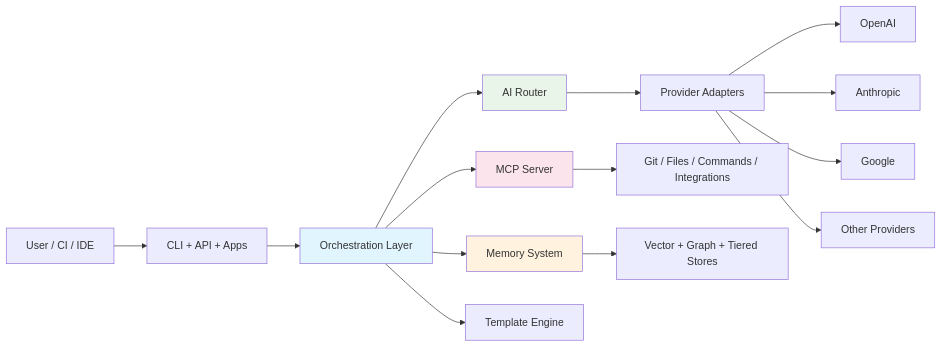
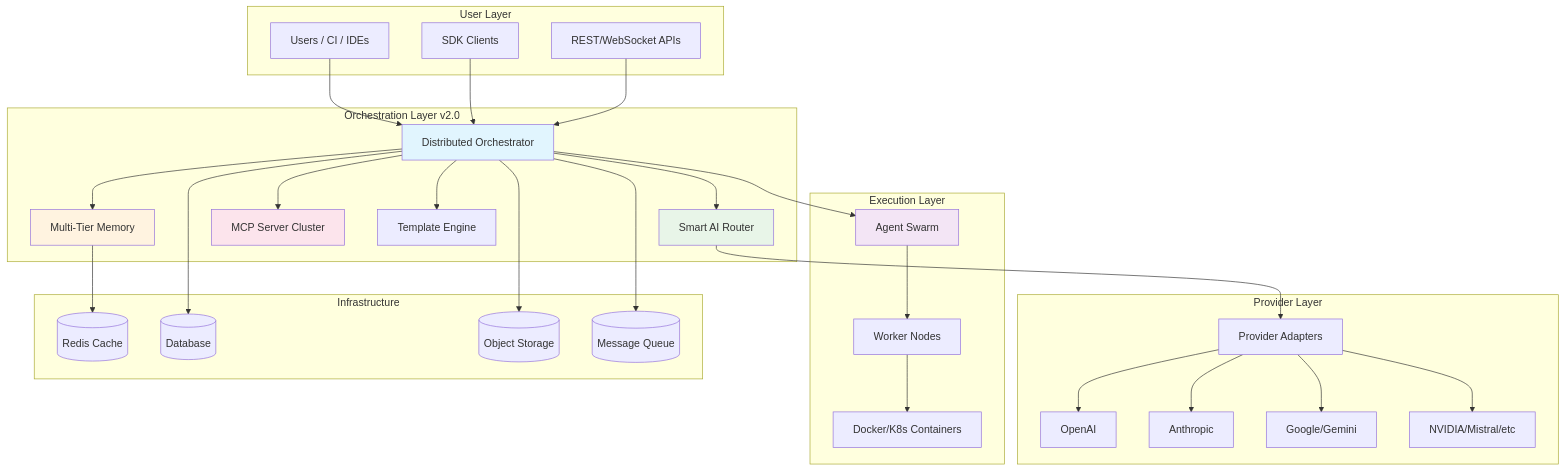
Before and after one commit to Srujan0798/Ultra-Dex: the diagram in README.md, drawn with Mermaid. The commit also changed other lines of this file and 48 other files, not shown here.

First line of the commit message:
feat: Complete Ultra-Dex with examples, database agent, and comprehensive workflows

````diff
--- a/README.md
+++ b/README.md
@@ -95,24 +95,67 @@
 ```mermaid
-flowchart LR
-  U[User / CI / IDE] --> CLI[CLI + API + Apps]
+flowchart TB
+  subgraph "User Layer"
+    U[Users / CI / IDEs]
+    SDK[SDK Clients]
+    API[REST/WebSocket APIs]
+  end
 
-  CLI --> ORCH[Orchestration Layer]
-  ORCH --> ROUTER[AI Router]
-  ORCH --> MEMORY[Memory System]
-  ORCH --> MCP[MCP Server]
-  ORCH --> TEMPLATES[Template Engine]
+  subgraph "Orchestration Layer v2.0"
+    ORCH[Distributed Orchestrator]
+    ROUTER[Smart AI Router]
+    MEMORY[Multi-Tier Memory]
+    MCP[MCP Server Cluster]
+    TEMPLATES[Template Engine]
+  end
 
-  ROUTER --> PROVIDERS[Provider Adapters]
-  PROVIDERS --> OPENAI[OpenAI]
-  PROVIDERS --> ANTHROPIC[Anthropic]
-  PROVIDERS --> GOOGLE[Google]
-  PROVIDERS --> OTHERS[Other Providers]
+  subgraph "Execution Layer"
+    AGENTS[Agent Swarm]
+    WORKERS[Worker Nodes]
+    CONTAINERS[Docker/K8s Containers]
+  end
 
-  MCP --> TOOLS[Git / Files / Commands / Integrations]
-  MEMORY --> STORES[Vector + Graph + Tiered Stores]
-  
+  subgraph "Provider Layer"
+    PROVIDERS[Provider Adapters]
+    OPENAI[OpenAI]
+    ANTHROPIC[Anthropic]
+    GOOGLE[Google/Gemini]
+    OTHERS[NVIDIA/Mistral/etc]
+  end
+
+  subgraph "Infrastructure"
+    REDIS[(Redis Cache)]
+    DB[(Database)]
+    STORAGE[(Object Storage)]
+    QUEUE[(Message Queue)]
+  end
+
+  U --> ORCH
+  SDK --> ORCH
+  API --> ORCH
+
+  ORCH --> ROUTER
+  ORCH --> MEMORY
+  ORCH --> MCP
+  ORCH --> TEMPLATES
+
+  ORCH --> AGENTS
+  AGENTS --> WORKERS
+  WORKERS --> CONTAINERS
+
+  ROUTER --> PROVIDERS
+  PROVIDERS --> OPENAI
+  PROVIDERS --> ANTHROPIC
+  PROVIDERS --> GOOGLE
+  PROVIDERS --> OTHERS
+
+  MEMORY --> REDIS
+  ORCH --> DB
+  ORCH --> STORAGE
+  ORCH --> QUEUE
+
   style ORCH fill:#e1f5fe
   style ROUTER fill:#e8f5e8
   style MEMORY fill:#fff3e0
   style MCP fill:#fce4ec
+  style AGENTS fill:#f3e5f5
 ```
````
